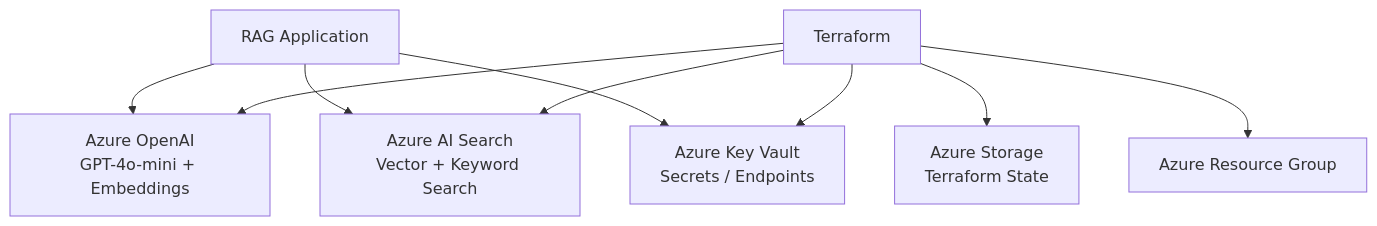
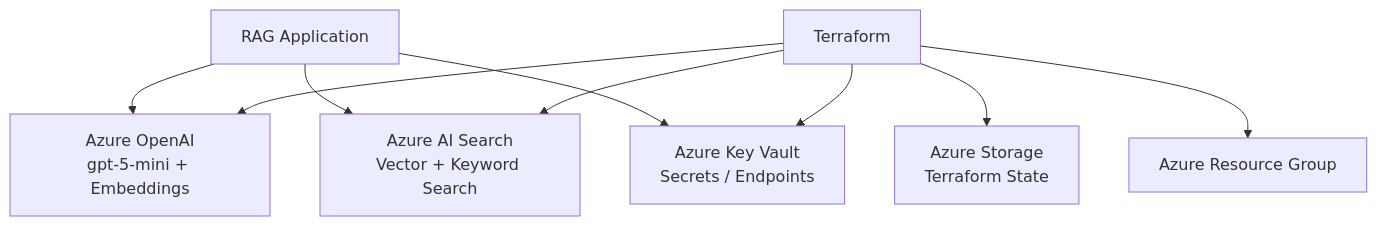
Before and after one commit to dabrm/RAG_Phase2_Azure_IaC: the third of 8 diagrams in project_walkthru.md, drawn with Mermaid. The commit also changed other lines of this file and 1 other file, not shown here.

````diff
--- a/project_walkthru.md
+++ b/project_walkthru.md
@@ -161,14 +161,14 @@
 ```mermaid
 flowchart TB
     RAG["RAG Application"]
 
-    RAG --> OAI["Azure OpenAI<br/>GPT-4o-mini + Embeddings"]
+    RAG --> OAI["Azure OpenAI<br/>gpt-5-mini + Embeddings"]
     RAG --> SEARCH["Azure AI Search<br/>Vector + Keyword Search"]
     RAG --> KV["Azure Key Vault<br/>Secrets / Endpoints"]
 
     TF["Terraform"] --> OAI
     TF --> SEARCH
     TF --> KV
     TF --> STORAGE["Azure Storage<br/>Terraform State"]
     TF --> RG["Azure Resource Group"]
 ```
````
